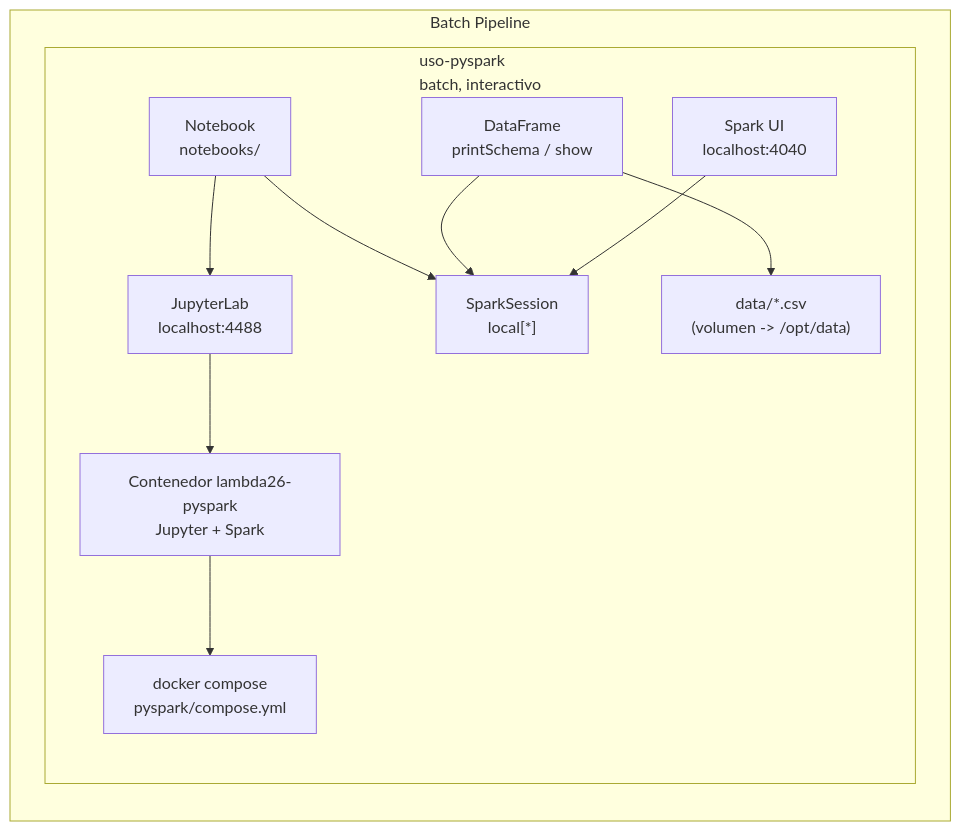
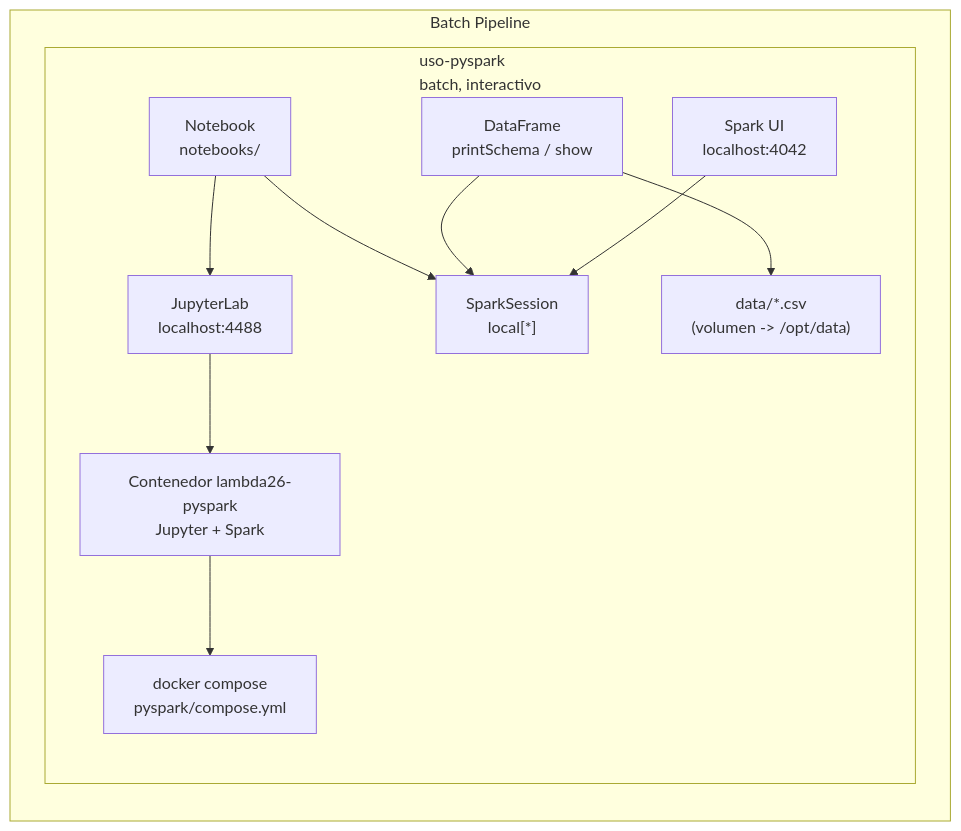
One commit to 262bigdata/lambda26 changed the fifth of 5 diagrams in docs/sesiones/S01_Arquitectura_Big_Data_Lambda_Kappa.md. Above: the diagram before and after it, drawn with Mermaid. The commit also changed other lines of this file and 7 other files, not shown here.

````diff
--- a/docs/sesiones/S01_Arquitectura_Big_Data_Lambda_Kappa.md
+++ b/docs/sesiones/S01_Arquitectura_Big_Data_Lambda_Kappa.md
@@ -325,15 +325,15 @@
 ```mermaid
 flowchart LR
     subgraph BP["Batch Pipeline"]
         subgraph BP1["uso-pyspark<br/>batch, interactivo"]
             direction TB
             Notebook["Notebook<br/>notebooks/"] --> Jupyter["JupyterLab<br/>localhost:4488"]
             Jupyter --> Container["Contenedor lambda26-pyspark<br/>Jupyter + Spark"]
             Container --> Compose["docker compose<br/>pyspark/compose.yml"]
             Notebook --> Session["SparkSession<br/>local[*]"]
             DF["DataFrame<br/>printSchema / show"] --> Session
             DF --> Data["data/*.csv<br/>(volumen -> /opt/data)"]
-            UI["Spark UI<br/>localhost:4040"] --> Session
+            UI["Spark UI<br/>localhost:4042"] --> Session
         end
     end
 ```
````
